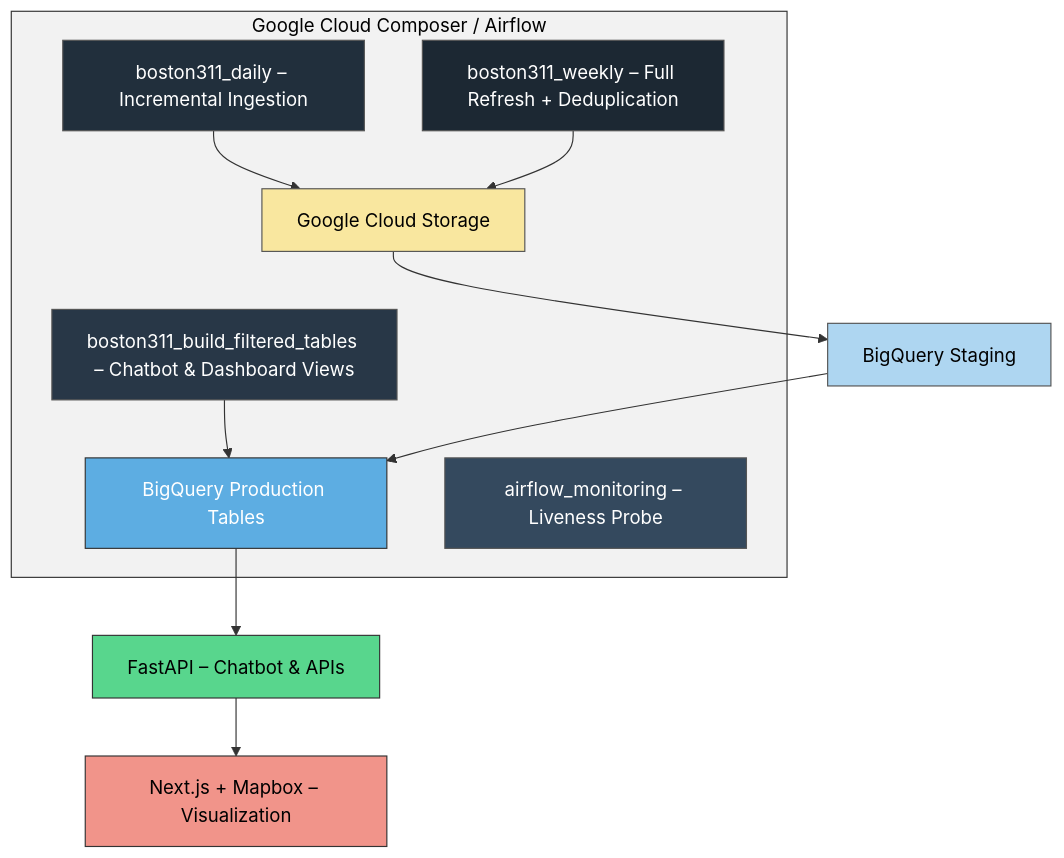
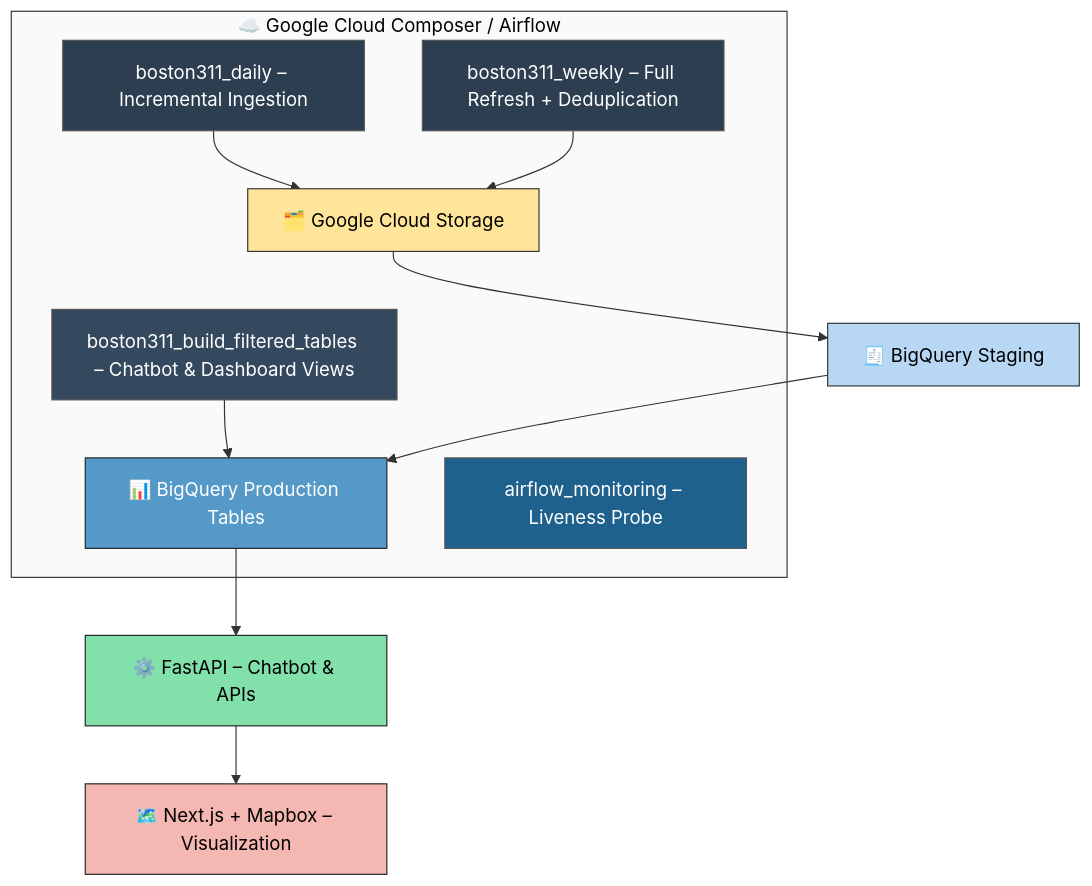
The diagram in README.md (sharonjennifer/boston-311-ai-system), drawn with Mermaid before and after one commit. The commit also changed other lines of this file, not shown here.

````diff
--- a/README.md
+++ b/README.md
@@ -20,25 +20,26 @@
 ```mermaid
 flowchart TD
-    subgraph Composer["Google Cloud Composer / Airflow"]
-        D1["boston311_daily – Incremental Ingestion "] --> GCS["Google Cloud Storage"]
+    subgraph Composer["☁️ Google Cloud Composer / Airflow"]
+        D1["boston311_daily – Incremental Ingestion "] --> GCS["🗂️ Google Cloud Storage"]
         D2["boston311_weekly – Full Refresh + Deduplication"] --> GCS
-        D3["boston311_build_filtered_tables – Chatbot & Dashboard Views"] --> BQ2["BigQuery Production Tables"]
+        D3["boston311_build_filtered_tables – Chatbot & Dashboard Views"] --> BQ2["📊 BigQuery Production Tables"]
         D4["airflow_monitoring – Liveness Probe"]
     end
 
-    GCS --> BQ1["BigQuery Staging"]
+    GCS --> BQ1["🧾 BigQuery Staging"]
     BQ1 --> BQ2
-    BQ2 --> API["FastAPI – Chatbot & APIs"]
-    API --> WEB["Next.js + Mapbox – Visualization"]
+    BQ2 --> API["⚙️ FastAPI – Chatbot & APIs"]
+    API --> WEB["🗺️ Next.js + Mapbox – Visualization"]
 
-    style Composer fill:#f2f2f2,stroke:#333,stroke-width:1px,color:#000
-    style GCS fill:#f9e79f,stroke:#555,stroke-width:1px,color:#000
-    style BQ1 fill:#aed6f1,stroke:#555,stroke-width:1px,color:#000
-    style BQ2 fill:#5dade2,stroke:#333,stroke-width:1px,color:#fff
-    style API fill:#58d68d,stroke:#333,stroke-width:1px,color:#000
-    style WEB fill:#f1948a,stroke:#333,stroke-width:1px,color:#000
-    style D1 fill:#212f3c,stroke:#555,stroke-width:1px,color:#fff
-    style D2 fill:#1c2833,stroke:#555,stroke-width:1px,color:#fff
-    style D3 fill:#283747,stroke:#555,stroke-width:1px,color:#fff
-    style D4 fill:#34495e,stroke:#555,stroke-width:1px,color:#fff
+    %% Styling
+    style Composer fill:#fafafa,stroke:#333,stroke-width:1px,color:#000
+    style GCS fill:#ffe599,stroke:#333,stroke-width:1px,color:#000
+    style BQ1 fill:#b7d7f5,stroke:#333,stroke-width:1px,color:#000
+    style BQ2 fill:#5499c7,stroke:#222,stroke-width:1px,color:#fff
+    style API fill:#82e0aa,stroke:#222,stroke-width:1px,color:#000
+    style WEB fill:#f5b7b1,stroke:#222,stroke-width:1px,color:#000
+    style D1 fill:#2c3e50,stroke:#555,stroke-width:1px,color:#fff
+    style D2 fill:#2c3e50,stroke:#555,stroke-width:1px,color:#fff
+    style D3 fill:#34495e,stroke:#555,stroke-width:1px,color:#fff
+    style D4 fill:#1f618d,stroke:#555,stroke-width:1px,color:#fff
 ```
````
